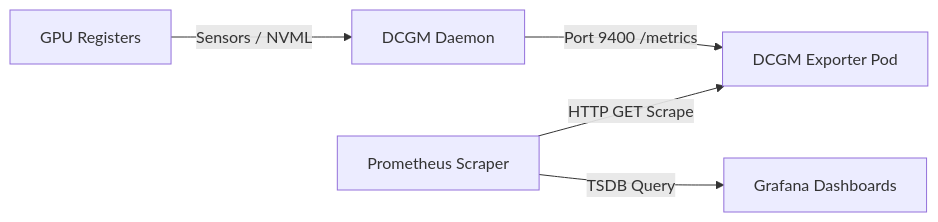
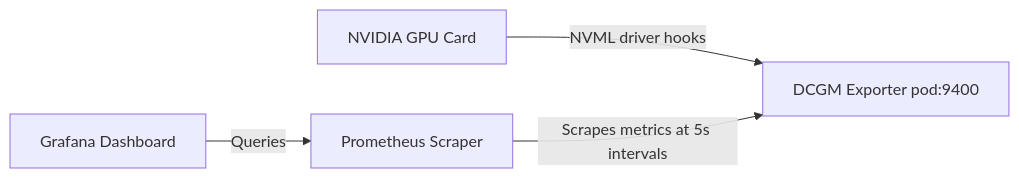
The diagram in docs/labs/05-dcgm-observability.md (ok-karthik/ai-infrastructure-on-eks), drawn with Mermaid before and after one commit. The commit also changed other lines of this file and 17 other files, not shown here.

````diff
--- a/docs/labs/05-dcgm-observability.md
+++ b/docs/labs/05-dcgm-observability.md
@@ -10,7 +10,6 @@
 ```mermaid
 graph LR
-    GPU[GPU Registers] -->|Sensors / NVML| DCGM[DCGM Daemon]
-    DCGM -->|Port 9400 /metrics| Exporter[DCGM Exporter Pod]
-    Prom[Prometheus Scraper] -->|HTTP GET Scrape| Exporter
-    Prom -->|TSDB Query| Grafana[Grafana Dashboards]
+    GPU[NVIDIA GPU Card] -->|NVML driver hooks| DCGM[DCGM Exporter pod:9400]
+    Prom[Prometheus Scraper] -->|Scrapes metrics at 5s intervals| DCGM
+    Grafana[Grafana Dashboard] -->|Queries| Prom
 ```
````
